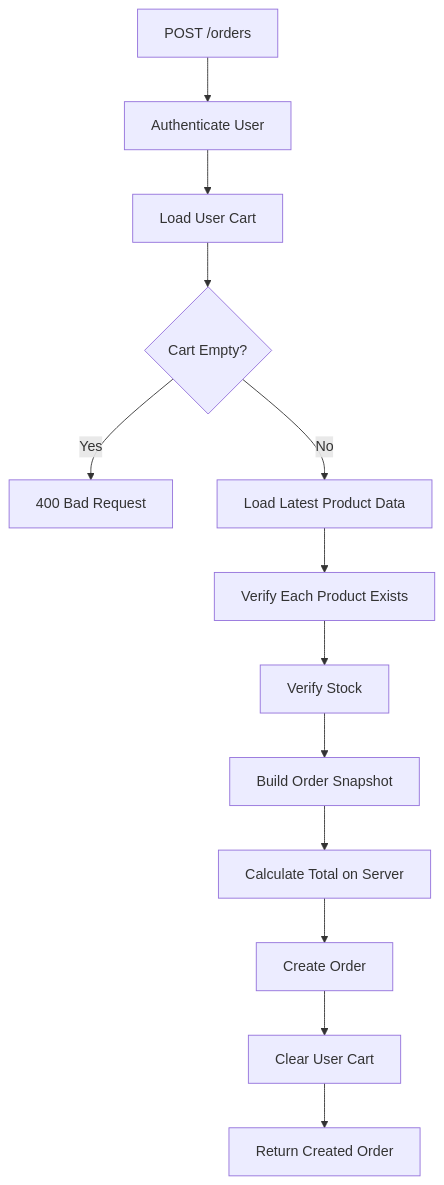
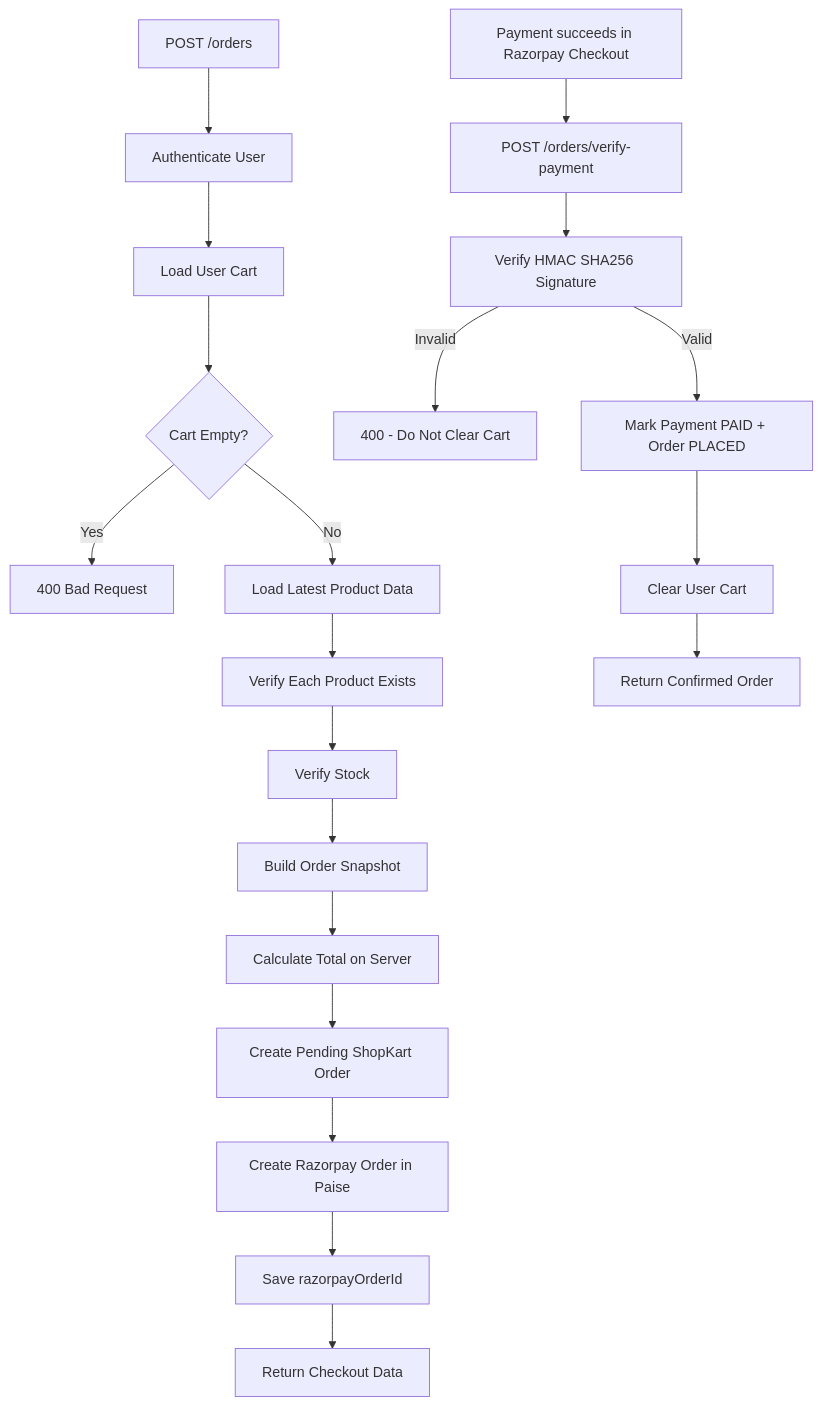
One commit to Durgesh22A/Mern-Lab-2029-Problem-Statements changed the second of 2 diagrams in Lab-06 (Checkout and Orders).md. Above: the diagram before and after it, drawn with Mermaid. The commit also changed other lines of this file, not shown here.

Commit message:
Add Razorpay test payment integration and setup guide to Lab-06

````diff
--- a/Lab-06 (Checkout and Orders).md
+++ b/Lab-06 (Checkout and Orders).md
@@ -368,15 +388,23 @@
 ```mermaid
 flowchart TD
     A[POST /orders] --> B[Authenticate User]
     B --> C[Load User Cart]
     C --> D{Cart Empty?}
     D -->|Yes| X[400 Bad Request]
     D -->|No| E[Load Latest Product Data]
     E --> F[Verify Each Product Exists]
     F --> G[Verify Stock]
     G --> H[Build Order Snapshot]
     H --> I[Calculate Total on Server]
-    I --> J[Create Order]
-    J --> K[Clear User Cart]
-    K --> L[Return Created Order]
+    I --> J[Create Pending ShopKart Order]
+    J --> K[Create Razorpay Order in Paise]
+    K --> L[Save razorpayOrderId]
+    L --> M[Return Checkout Data]
+
+    N[Payment succeeds in Razorpay Checkout] --> O[POST /orders/verify-payment]
+    O --> P[Verify HMAC SHA256 Signature]
+    P -->|Invalid| Q[400 - Do Not Clear Cart]
+    P -->|Valid| R[Mark Payment PAID + Order PLACED]
+    R --> S[Clear User Cart]
+    S --> T[Return Confirmed Order]
 ```
````
